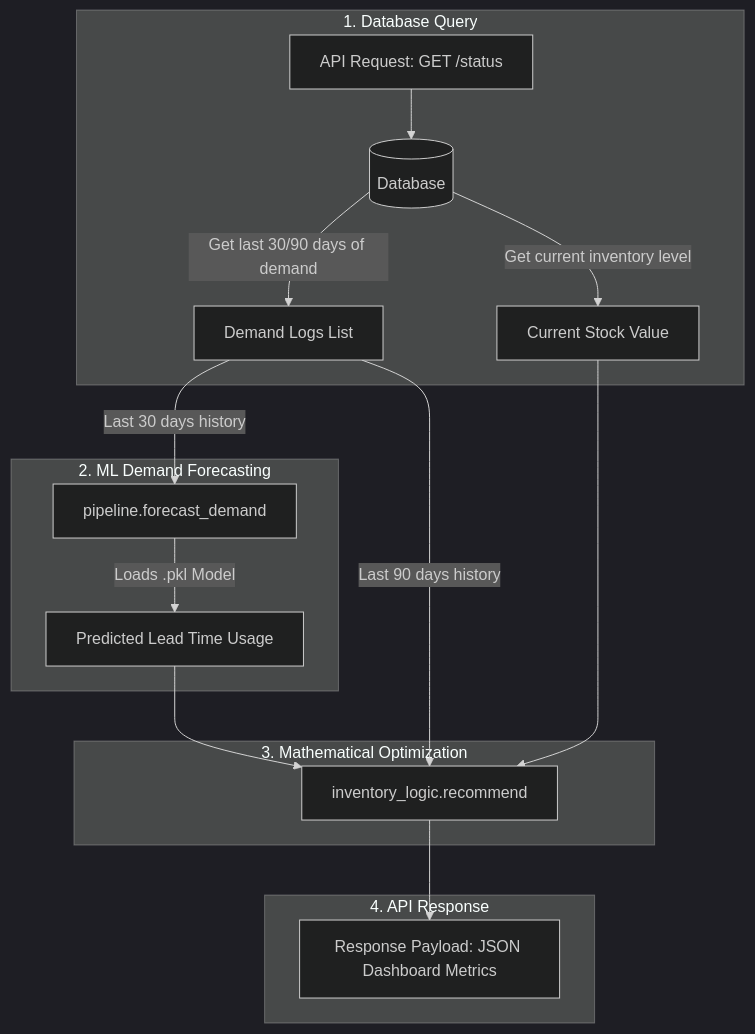
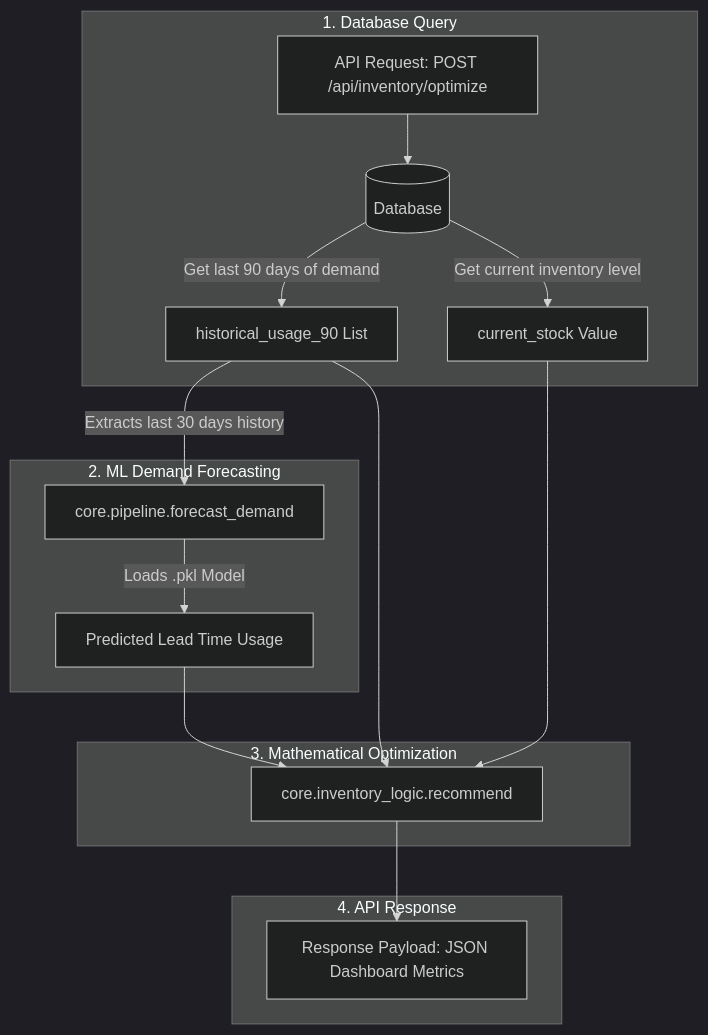
Before and after one commit to afngh/cs756: the diagram in backend.md, drawn with Mermaid (dark theme). The commit also changed other lines of this file and 13 other files, not shown here.

````diff
--- a/backend.md
+++ b/backend.md
@@ -25,23 +25,23 @@
 ```mermaid
 flowchart TD
     subgraph 1. Database Query
-        A[API Request: GET /status] --> B[(Database)]
-        B -->|Get last 30/90 days of demand| C[Demand Logs List]
-        B -->|Get current inventory level| D[Current Stock Value]
+        A[API Request: POST /api/inventory/optimize] --> B[(Database)]
+        B -->|Get last 90 days of demand| C[historical_usage_90 List]
+        B -->|Get current inventory level| D[current_stock Value]
     end
 
     subgraph 2. ML Demand Forecasting
-        C -->|Last 30 days history| E[pipeline.forecast_demand]
+        C -->|Extracts last 30 days history| E[core.pipeline.forecast_demand]
         E -->|Loads .pkl Model| F[Predicted Lead Time Usage]
     end
 
     subgraph 3. Mathematical Optimization
-        F --> G[inventory_logic.recommend]
-        C -->|Last 90 days history| G
+        F --> G[core.inventory_logic.recommend]
+        C --> G
         D --> G
     end
 
     subgraph 4. API Response
         G --> H[Response Payload: JSON Dashboard Metrics]
     end
 ```
````
